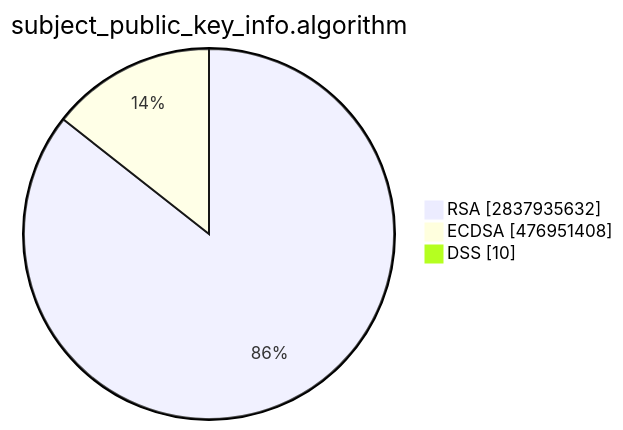
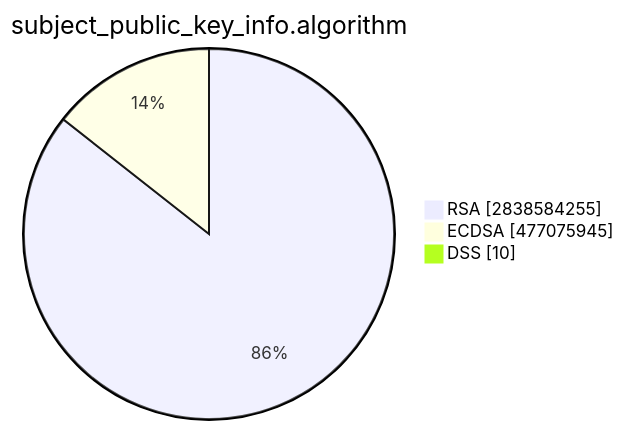
Before and after one commit to christiankrug/ctmonitor_visualization: the second of 15 diagrams in TOTAL/README.md, drawn with Mermaid. The commit also changed other lines of this file, not shown here.

````diff
--- a/TOTAL/README.md
+++ b/TOTAL/README.md
@@ -6,7 +6,7 @@
 ```mermaid
 pie showData
 title subject_public_key_info.algorithm
-"RSA" :2837935632
-"ECDSA" :476951408
+"RSA" :2838584255
+"ECDSA" :477075945
 "DSS" :10
 ```
````
